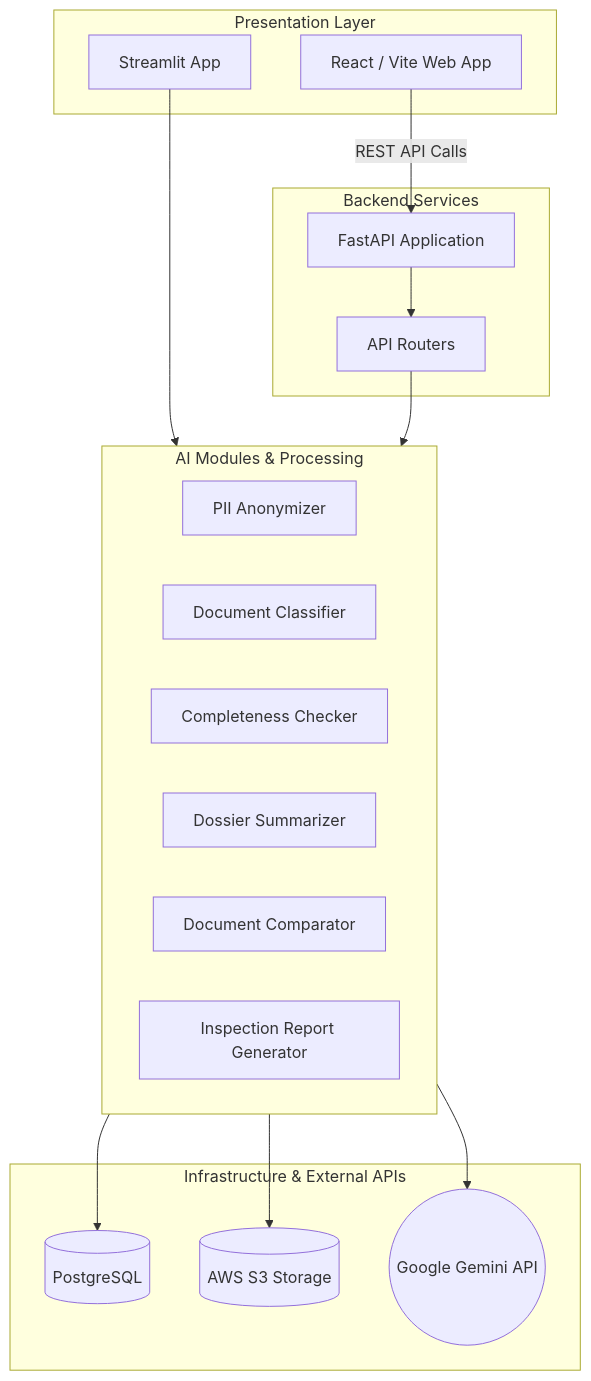
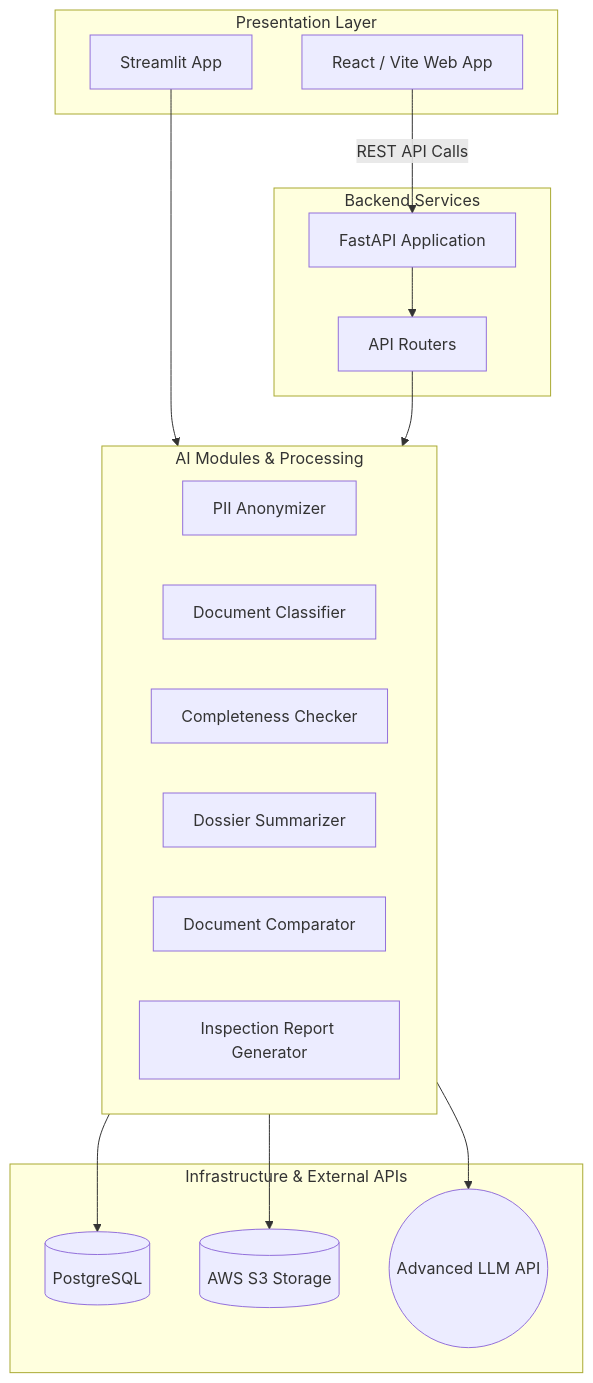
One commit to Parchaa/Parchaa-submission changed the diagram in README.md. Above: the diagram before and after it, drawn with Mermaid. The commit also changed other lines of this file and 2 other files, not shown here.

Commit message:
feat: add IFSC code PII rule, abstract LLM provider in documentation, and include architecture document

````diff
--- a/README.md
+++ b/README.md
@@ -29,41 +29,41 @@
 ```mermaid
 graph TD
     %% Frontend Layer
     subgraph Frontend [Presentation Layer]
         UI[React / Vite Web App]
         Streamlit[Streamlit App]
     end
 
     %% Backend API Layer
     subgraph Backend [Backend Services]
         FastAPI[FastAPI Application]
         Router[API Routers]
         FastAPI --> Router
     end
 
     %% Core Modules
     subgraph Core [AI Modules & Processing]
         Anonymizer[PII Anonymizer]
         Classifier[Document Classifier]
         Completeness[Completeness Checker]
         Summarizer[Dossier Summarizer]
         Comparator[Document Comparator]
         Inspector[Inspection Report Generator]
     end
 
     %% Infrastructure & External Services
     subgraph Infrastructure [Infrastructure & External APIs]
         DB[(PostgreSQL)]
         S3[(AWS S3 Storage)]
-        LLM((Google Gemini API))
+        LLM((Advanced LLM API))
     end
 
     %% Connections
     UI -->|REST API Calls| FastAPI
     Streamlit --> Core
     Router --> Core
     
     Core --> LLM
     Core --> DB
     Core --> S3
 ```
````
